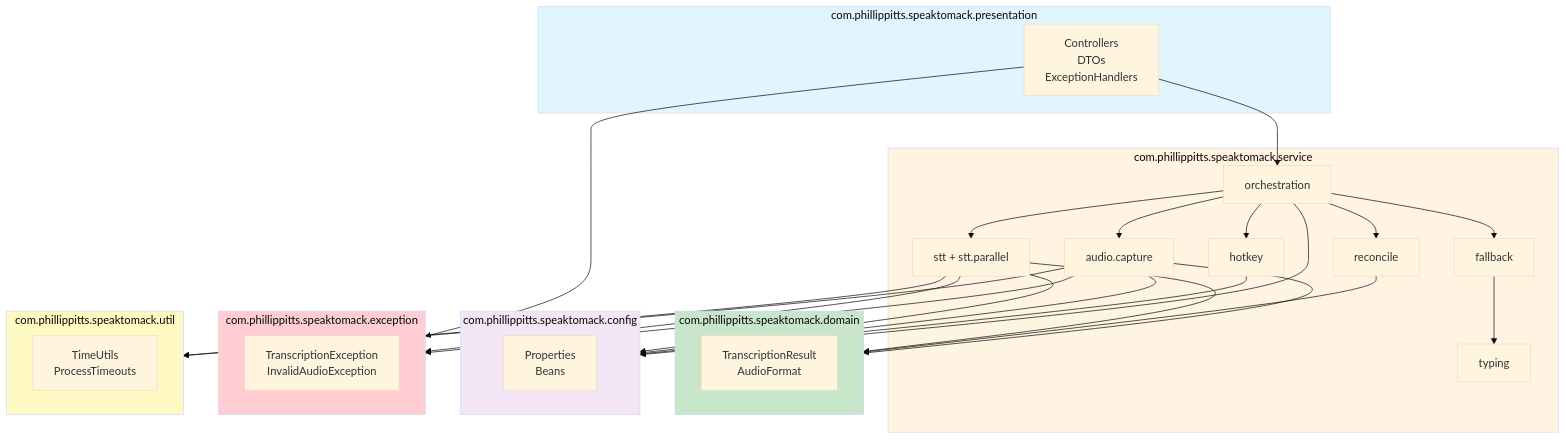
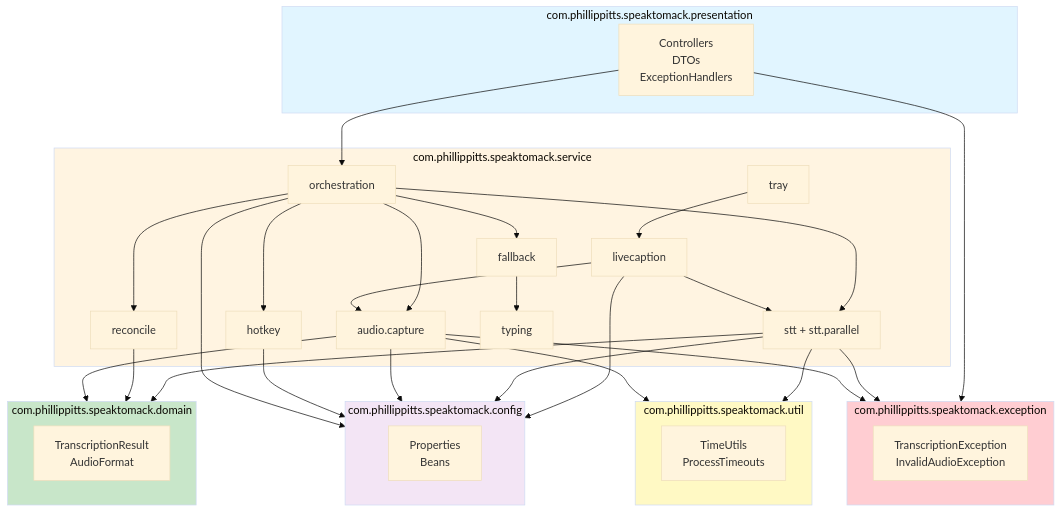
Before and after one commit to phillippitts/speakToMack: the sixth of 9 diagrams in docs/diagrams/class-dependencies.md, drawn with Mermaid (base theme). The commit also changed other lines of this file and 53 other files, not shown here.

````diff
--- a/docs/diagrams/class-dependencies.md
+++ b/docs/diagrams/class-dependencies.md
@@ -210,62 +265,68 @@
 ```mermaid
 graph TB
     subgraph presentation["com.phillippitts.speaktomack.presentation"]
         Controller[Controllers<br/>DTOs<br/>ExceptionHandlers]
     end
 
     subgraph service["com.phillippitts.speaktomack.service"]
         Orch[orchestration]
         STT[stt + stt.parallel]
         Audio[audio.capture]
         Hotkey[hotkey]
         Reconcile[reconcile]
         Fallback[fallback]
         Typing[typing]
+        LiveCaption[livecaption]
+        Tray[tray]
     end
 
     subgraph domain["com.phillippitts.speaktomack.domain"]
         Entities[TranscriptionResult<br/>AudioFormat]
     end
 
     subgraph config["com.phillippitts.speaktomack.config"]
         Props[Properties<br/>Beans]
     end
 
     subgraph exception["com.phillippitts.speaktomack.exception"]
         Exceptions[TranscriptionException<br/>InvalidAudioException]
     end
 
     subgraph util["com.phillippitts.speaktomack.util"]
         Utils[TimeUtils<br/>ProcessTimeouts]
     end
 
     Controller --> Orch
     Orch --> Audio
     Orch --> STT
     Orch --> Hotkey
     Orch --> Reconcile
     Orch --> Fallback
     Fallback --> Typing
     STT --> domain
     Reconcile --> domain
     Audio --> domain
+    LiveCaption --> Audio
+    LiveCaption --> STT
+    LiveCaption --> config
+    Tray --> LiveCaption
 
     Controller --> exception
     STT --> exception
     Audio --> exception
 
     STT --> config
     Audio --> config
     Hotkey --> config
     Orch --> config
 
     STT --> util
     Audio --> util
 
     style presentation fill:#e1f5ff
     style service fill:#fff4e1
     style domain fill:#c8e6c9
     style config fill:#f3e5f5
     style exception fill:#ffcdd2
     style util fill:#fff9c4
 ```
````
